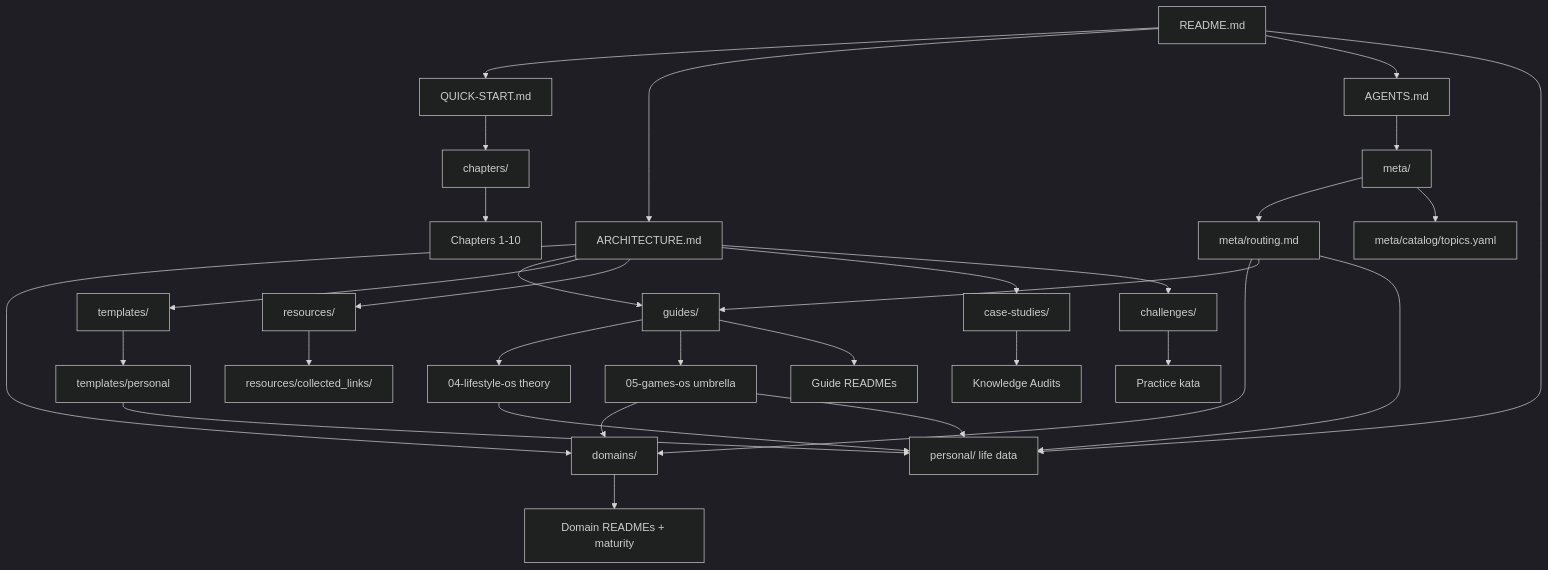
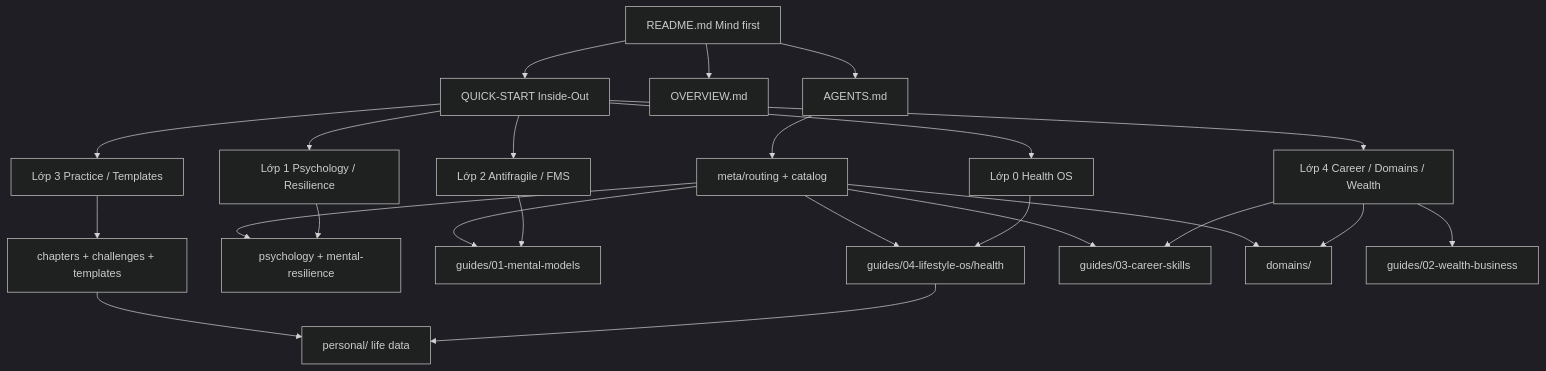
Before and after one commit to ithumanmi/MyDoc: the diagram in OVERVIEW.md, drawn with Mermaid (dark theme). The commit also changed other lines of this file and 2 other files, not shown here.

````diff
--- a/OVERVIEW.md
+++ b/OVERVIEW.md
@@ -12,33 +32,26 @@
 ```mermaid
 graph TD
-    A[README.md] --> B[QUICK-START.md]
-    A --> C[ARCHITECTURE.md]
+    A[README.md Mind first] --> B[QUICK-START Inside-Out]
+    A --> OV[OVERVIEW.md]
     A --> AG[AGENTS.md]
-    AG --> META[meta/]
-    META --> AR[meta/routing.md]
-    META --> CAT[meta/catalog/topics.yaml]
-    A --> R[personal/ life data]
-    B --> D[chapters/]
-    C --> E[domains/]
-    C --> F[guides/]
-    C --> G[templates/]
-    C --> H[resources/]
-    C --> I[case-studies/]
-    C --> P[challenges/]
-    F --> Q[04-lifestyle-os theory]
-    F --> GOS[05-games-os umbrella]
-    Q --> R
-    GOS --> E
-    GOS --> R
-    G --> T[templates/personal]
-    T --> R
-    H --> J[resources/collected_links/]
-    E --> K[Domain READMEs + maturity]
-    F --> L[Guide READMEs]
-    D --> M[Chapters 1-10]
-    I --> N[Knowledge Audits]
-    P --> O[Practice kata]
-    AR --> E
-    AR --> F
-    AR --> R
+    AG --> META[meta/routing + catalog]
+    B --> L0[Lớp 0 Health OS]
+    B --> L1[Lớp 1 Psychology / Resilience]
+    B --> L2[Lớp 2 Antifragile / FMS]
+    B --> L3[Lớp 3 Practice / Templates]
+    B --> L4[Lớp 4 Career / Domains / Wealth]
+    L0 --> H[guides/04-lifestyle-os/health]
+    L1 --> P[psychology + mental-resilience]
+    L2 --> MM[guides/01-mental-models]
+    L3 --> CH[chapters + challenges + templates]
+    L4 --> CR[guides/03-career-skills]
+    L4 --> D[domains/]
+    L4 --> W[guides/02-wealth-business]
+    H --> R[personal/ life data]
+    CH --> R
+    META --> H
+    META --> P
+    META --> MM
+    META --> D
+    META --> CR
 ```
````
